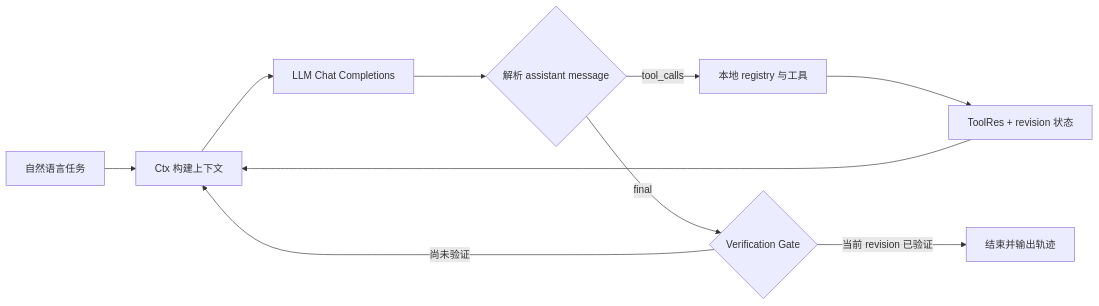
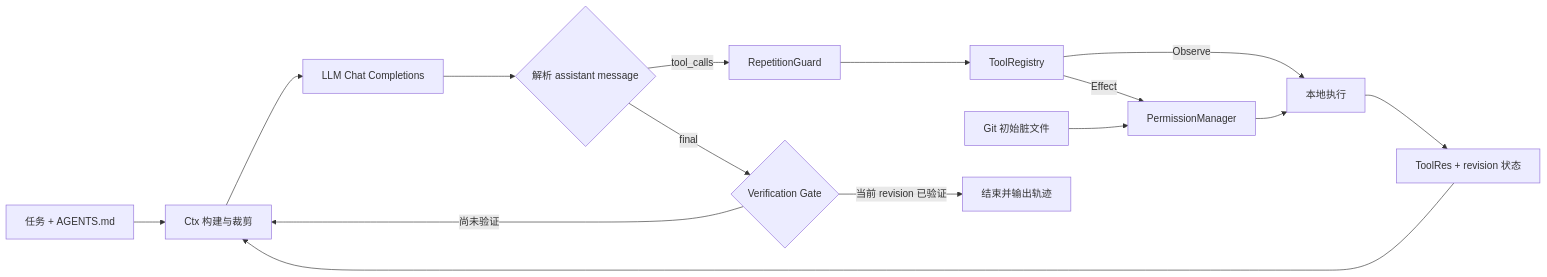
The diagram in README.md (ashokhaldar924-dev/zxn-coding-agent), drawn with Mermaid before and after one commit. The commit also changed other lines of this file and 2 other files, not shown here.

````diff
--- a/README.md
+++ b/README.md
@@ -65,12 +67,17 @@
 ```mermaid
 flowchart LR
-    A[自然语言任务] --> B[Ctx 构建上下文]
+    A[任务 + AGENTS.md] --> B[Ctx 构建与裁剪]
     B --> C[LLM Chat Completions]
     C --> D{解析 assistant message}
-    D -->|tool_calls| E[本地 registry 与工具]
-    E --> F[ToolRes + revision 状态]
+    D -->|tool_calls| R[RepetitionGuard]
+    R --> E[ToolRegistry]
+    E -->|Observe| X[本地执行]
+    E -->|Effect| P[PermissionManager]
+    I[Git 初始脏文件] --> P
+    P --> X
+    X --> F[ToolRes + revision 状态]
     F --> B
     D -->|final| G{Verification Gate}
     G -->|当前 revision 已验证| H[结束并输出轨迹]
     G -->|尚未验证| B
 ```
````
